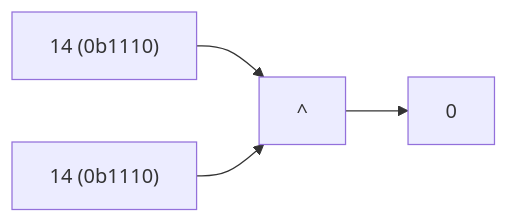
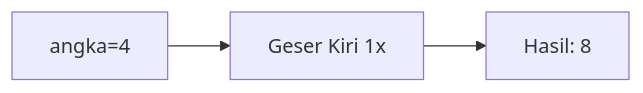
Before and after one commit to amnahwaida/OSNK_INF_PREP: the fourth of 25 diagrams in part-c-pemahaman-cpp/06-bitwise/latihan/set-02.md, drawn with Mermaid. The commit also changed other lines of this file and 71 other files, not shown here.

````diff
--- a/part-c-pemahaman-cpp/06-bitwise/latihan/set-02.md
+++ b/part-c-pemahaman-cpp/06-bitwise/latihan/set-02.md
@@ -101,6 +102,5 @@
 ```mermaid
 graph LR
-A["14 (0b1110)"] --> C["^"]
-B["14 (0b1110)"] --> C
-C --> D["0"]
+A["angka=4"] --> B["Geser Kiri 1x"]
+B --> C["Hasil: 8"]
 ```
````
